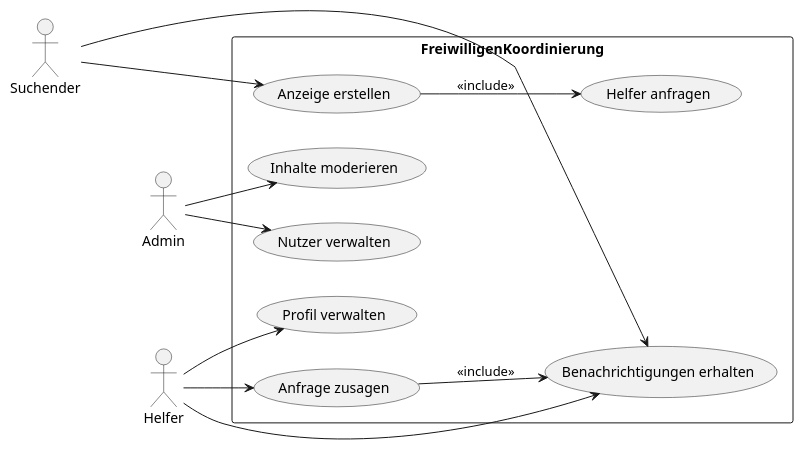
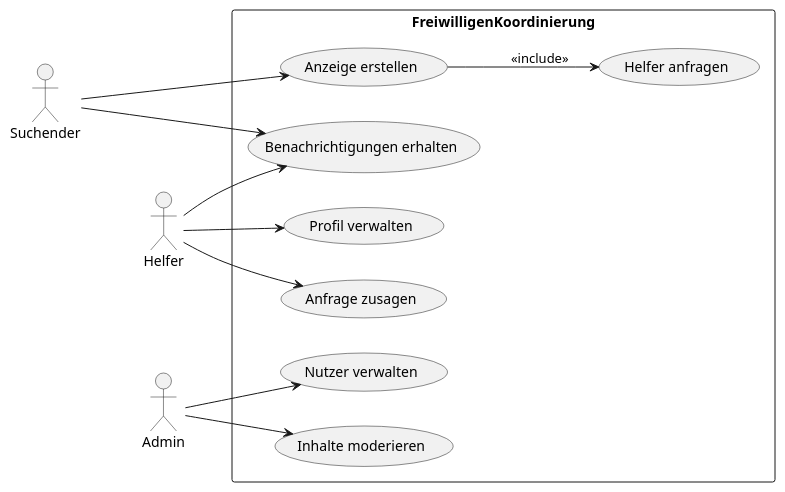
One commit to pxrzivaldev/TeamProjektUML changed the diagram in usecase1.puml. Above: the diagram before and after it, drawn with PlantUML.

Commit message:
FinalUseCase

```diff
--- a/usecase1.puml
+++ b/usecase1.puml
@@ -1,25 +1,24 @@
 @startuml
+
 :Suchender:
 :Helfer:
 :Admin:
 
 left to right direction
 
 rectangle FreiwilligenKoordinierung {
+
     Suchender ---> (Anzeige erstellen)
     Suchender ---> (Benachrichtigungen erhalten)
     Helfer --> (Benachrichtigungen erhalten)
     Helfer --> (Profil verwalten)
     Helfer --> (Anfrage zusagen)
 
-    (Anfrage zusagen) --> (Benachrichtigungen erhalten) : <<include>>
     (Anzeige erstellen) --> (Helfer anfragen):<<include>>
 
     Admin --> (Nutzer verwalten)
     Admin --> (Inhalte moderieren)
 
 }
 
-
-
 @enduml
```
